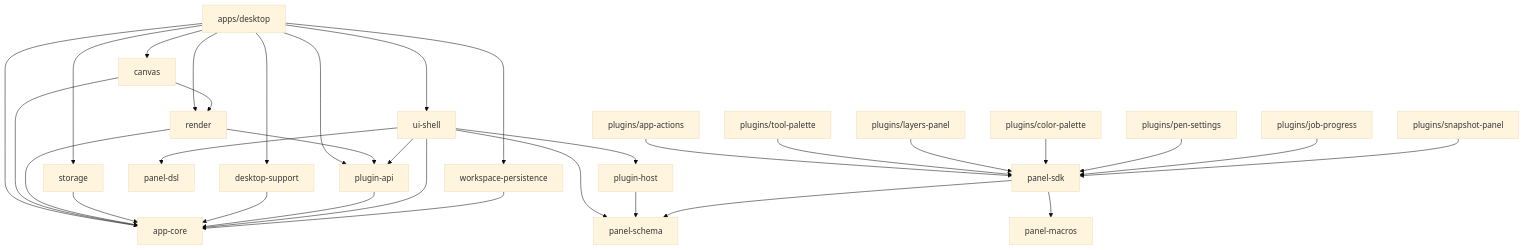
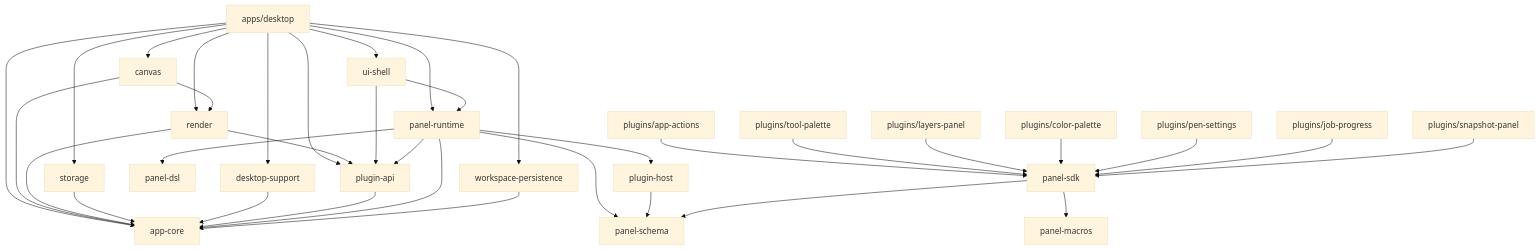
One commit to gitdmnt/altpaint changed the first of 2 diagrams in docs/MODULE_DEPENDENCIES.md. Above: the diagram before and after it, drawn with Mermaid (base theme). The commit also changed other lines of this file and 34 other files, not shown here.

First line of the commit message:
feat(panel-runtime): implement host synchronization and panel registry

````diff
--- a/docs/MODULE_DEPENDENCIES.md
+++ b/docs/MODULE_DEPENDENCIES.md
@@ -71,39 +72,43 @@
 ```mermaid
 graph TD
     desktop[apps/desktop] --> appcore[app-core]
   desktop --> canvas[canvas]
     desktop --> render[render]
+    desktop --> panelruntime[panel-runtime]
     desktop --> uishell[ui-shell]
     desktop --> pluginapi[plugin-api]
     desktop --> storage[storage]
     desktop --> dsupport[desktop-support]
     desktop --> wpersist[workspace-persistence]
 
   canvas --> appcore
   canvas --> render
     render --> appcore
     render --> pluginapi
     storage --> appcore
     dsupport --> appcore
     pluginapi --> appcore
 
-    uishell --> appcore
     uishell --> pluginapi
-    uishell --> pds[panel-dsl]
-    uishell --> pschema[panel-schema]
-    uishell --> phost[plugin-host]
+    uishell --> panelruntime
+
+    panelruntime --> appcore
+    panelruntime --> pluginapi
+    panelruntime --> pds[panel-dsl]
+    panelruntime --> pschema[panel-schema]
+    panelruntime --> phost[plugin-host]
 
     wpersist[workspace-persistence] --> appcore
 
     phost --> pschema
     psdk[panel-sdk] --> pmacros[panel-macros]
     psdk --> pschema
 
     appactions[plugins/app-actions] --> psdk
     toolpalette[plugins/tool-palette] --> psdk
     layerspanel[plugins/layers-panel] --> psdk
     colorpalette[plugins/color-palette] --> psdk
     pensettings[plugins/pen-settings] --> psdk
     jobprogress[plugins/job-progress] --> psdk
     snapshotpanel[plugins/snapshot-panel] --> psdk
 ```
````
